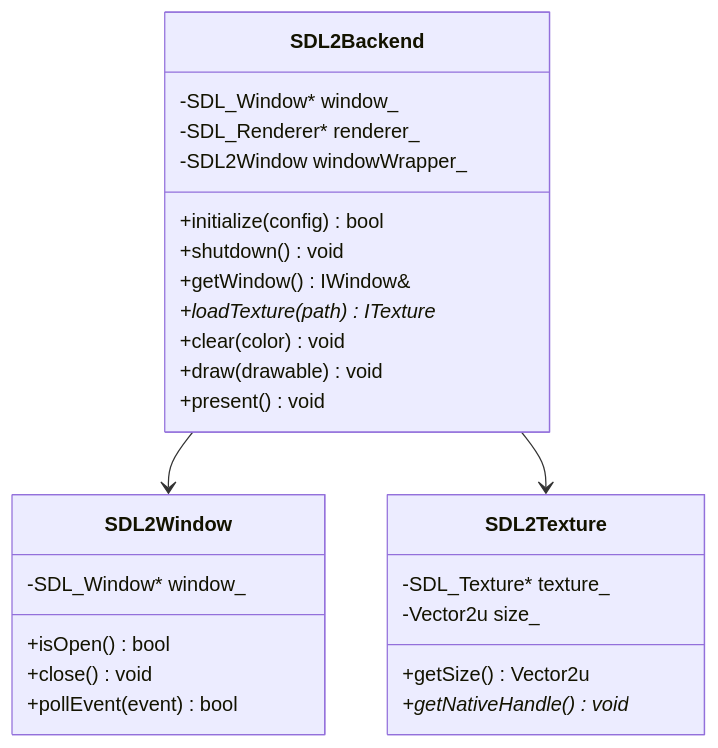
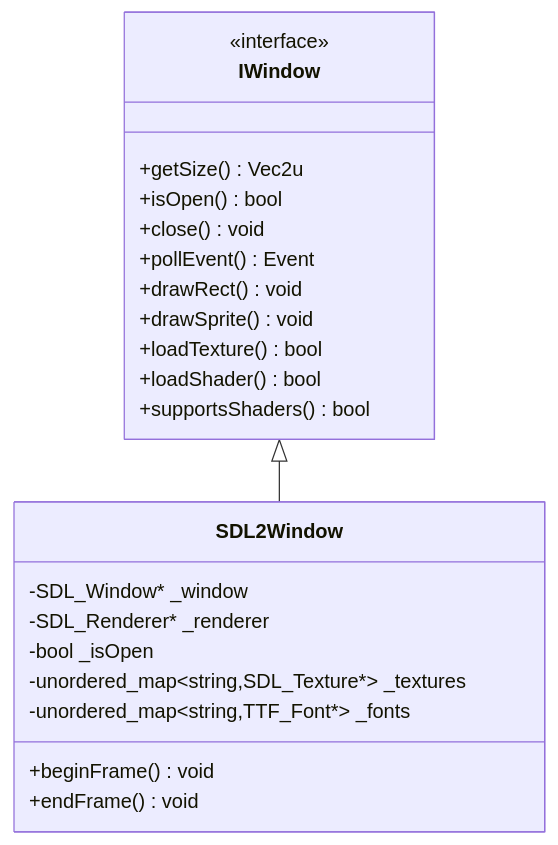
The diagram in docs/technique/graphiques/sdl2.md (ChrisG-L/rtype), drawn with Mermaid before and after one commit. The commit also changed other lines of this file and 1 other file, not shown here.

First line of the commit message:
fix: Update SDL2 and SFML documentation for consistency and clarity

````diff
--- a/docs/technique/graphiques/sdl2.md
+++ b/docs/technique/graphiques/sdl2.md
@@ -29,32 +29,27 @@
 ```mermaid
 classDiagram
-    class SDL2Backend {
-        -SDL_Window* window_
-        -SDL_Renderer* renderer_
-        -SDL2Window windowWrapper_
-        +initialize(config) bool
-        +shutdown() void
-        +getWindow() IWindow&
-        +loadTexture(path) ITexture*
-        +clear(color) void
-        +draw(drawable) void
-        +present() void
+    class IWindow {
+        <<interface>>
+        +getSize() Vec2u
+        +isOpen() bool
+        +close() void
+        +pollEvent() Event
+        +drawRect() void
+        +drawSprite() void
+        +loadTexture() bool
+        +loadShader() bool
+        +supportsShaders() bool
     }
 
     class SDL2Window {
-        -SDL_Window* window_
-        +isOpen() bool
-        +close() void
-        +pollEvent(event) bool
+        -SDL_Window* _window
+        -SDL_Renderer* _renderer
+        -bool _isOpen
+        -unordered_map~string,SDL_Texture*~ _textures
+        -unordered_map~string,TTF_Font*~ _fonts
+        +beginFrame() void
+        +endFrame() void
     }
 
-    class SDL2Texture {
-        -SDL_Texture* texture_
-        -Vector2u size_
-        +getSize() Vector2u
-        +getNativeHandle() void*
-    }
-
-    SDL2Backend --> SDL2Window
-    SDL2Backend --> SDL2Texture
+    IWindow <|-- SDL2Window
 ```
````
